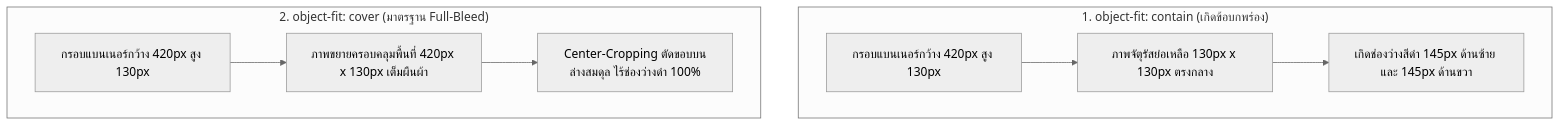
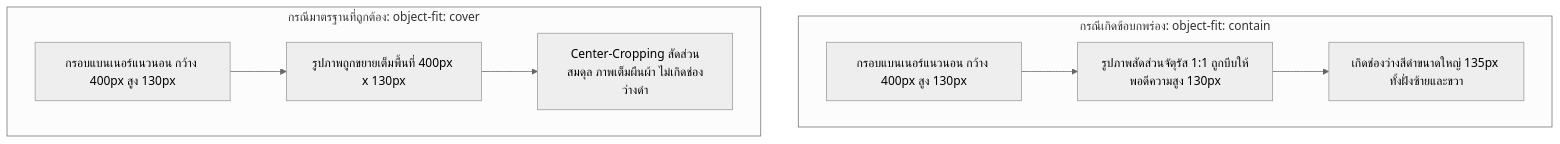
One commit to jadesolju/Snippet-Studio changed the fifth of 6 diagrams in RUBII_CORE_ARCHITECTURE_AND_CSS_ENGINEERING.md. Above: the diagram before and after it, drawn with Mermaid (neutral theme). The commit also changed other lines of this file, not shown here.

Commit message:
docs: rewrite Rubii architecture and developer guide focusing on core principles, HTML/CSS/Regex recommendations, and empirical failure analysis

````diff
--- a/RUBII_CORE_ARCHITECTURE_AND_CSS_ENGINEERING.md
+++ b/RUBII_CORE_ARCHITECTURE_AND_CSS_ENGINEERING.md
@@ -227,14 +211,12 @@
 ```mermaid
 flowchart TD
-    subgraph Defect["1. object-fit: contain (เกิดข้อบกพร่อง)"]
-        D1["กรอบแบนเนอร์กว้าง 420px สูง 130px"]
-        D1 --> D2["ภาพจัตุรัสย่อเหลือ 130px x 130px ตรงกลาง"]
-        D2 --> D3["เกิดช่องว่างสีดำ 145px ด้านซ้าย และ 145px ด้านขวา"]
+    subgraph DefectCase["กรณีเกิดข้อบกพร่อง: object-fit: contain"]
+        A1["กรอบแบนเนอร์แนวนอน กว้าง 400px สูง 130px"] --> A2["รูปภาพสัดส่วนจัตุรัส 1:1 ถูกบีบให้พอดีความสูง 130px"]
+        A2 --> A3["เกิดช่องว่างสีดำขนาดใหญ่ 135px ทั้งฝั่งซ้ายและขวา"]
     end
 
-    subgraph Solution["2. object-fit: cover (มาตรฐาน Full-Bleed)"]
-        S1["กรอบแบนเนอร์กว้าง 420px สูง 130px"]
-        S1 --> S2["ภาพขยายครอบคลุมพื้นที่ 420px x 130px เต็มผืนผ้า"]
-        S2 --> S3["Center-Cropping ตัดขอบบนล่างสมดุล ไร้ช่องว่างดำ 100%"]
+    subgraph CorrectCase["กรณีมาตรฐานที่ถูกต้อง: object-fit: cover"]
+        B1["กรอบแบนเนอร์แนวนอน กว้าง 400px สูง 130px"] --> B2["รูปภาพถูกขยายเต็มพื้นที่ 400px x 130px"]
+        B2 --> B3["Center-Cropping สัดส่วนสมดุล ภาพเต็มผืนผ้า ไม่เกิดช่องว่างดำ"]
     end
 ```
````
